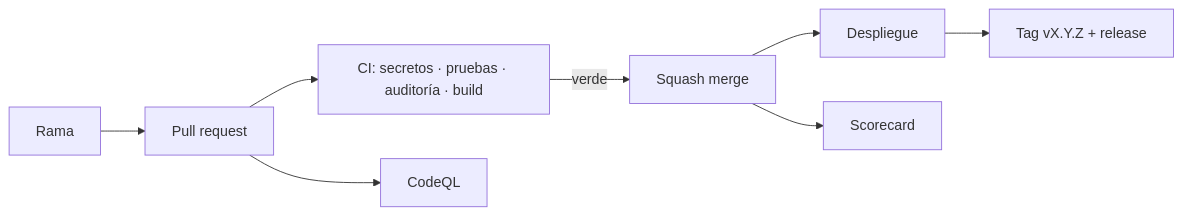
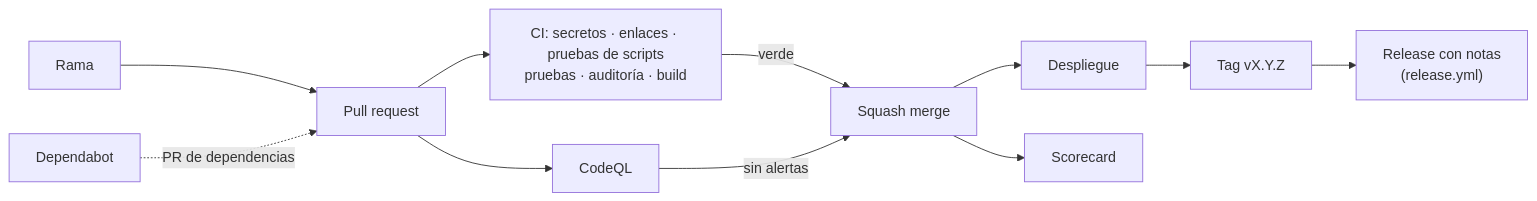
The fourth of 7 diagrams in docs/DIAGRAMAS.md (Juan-Carlos-Estevez-Vargas/plantilla-proyectos), drawn with Mermaid before and after one commit. The commit also changed other lines of this file and 12 other files, not shown here.

First line of the commit message:
docs: código de conducta, ADR, CHANGELOG y diagramas al día

````diff
--- a/docs/DIAGRAMAS.md
+++ b/docs/DIAGRAMAS.md
@@ -54,10 +56,13 @@
 ```mermaid
 flowchart LR
   B["Rama"] --> PR["Pull request"]
-  PR --> CI["CI: secretos · pruebas · auditoría · build"]
+  PR --> CI["CI: secretos · enlaces · pruebas de scripts<br/>pruebas · auditoría · build"]
   PR --> CQ["CodeQL"]
   CI -- "verde" --> M["Squash merge"]
+  CQ -- "sin alertas" --> M
   M --> D["Despliegue"]
   M --> SC["Scorecard"]
-  D --> R["Tag vX.Y.Z + release"]
+  D --> T["Tag vX.Y.Z"]
+  T --> R["Release con notas<br/>(release.yml)"]
+  DB["Dependabot"] -. "PR de dependencias" .-> PR
 ```
````
